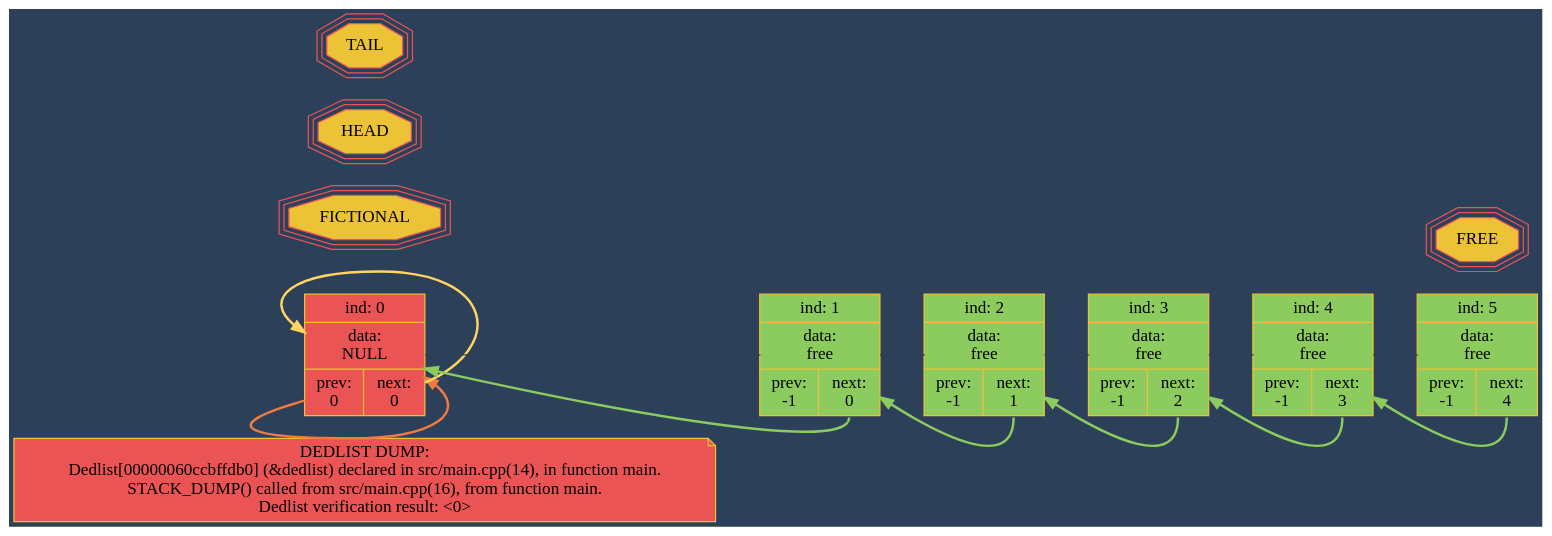
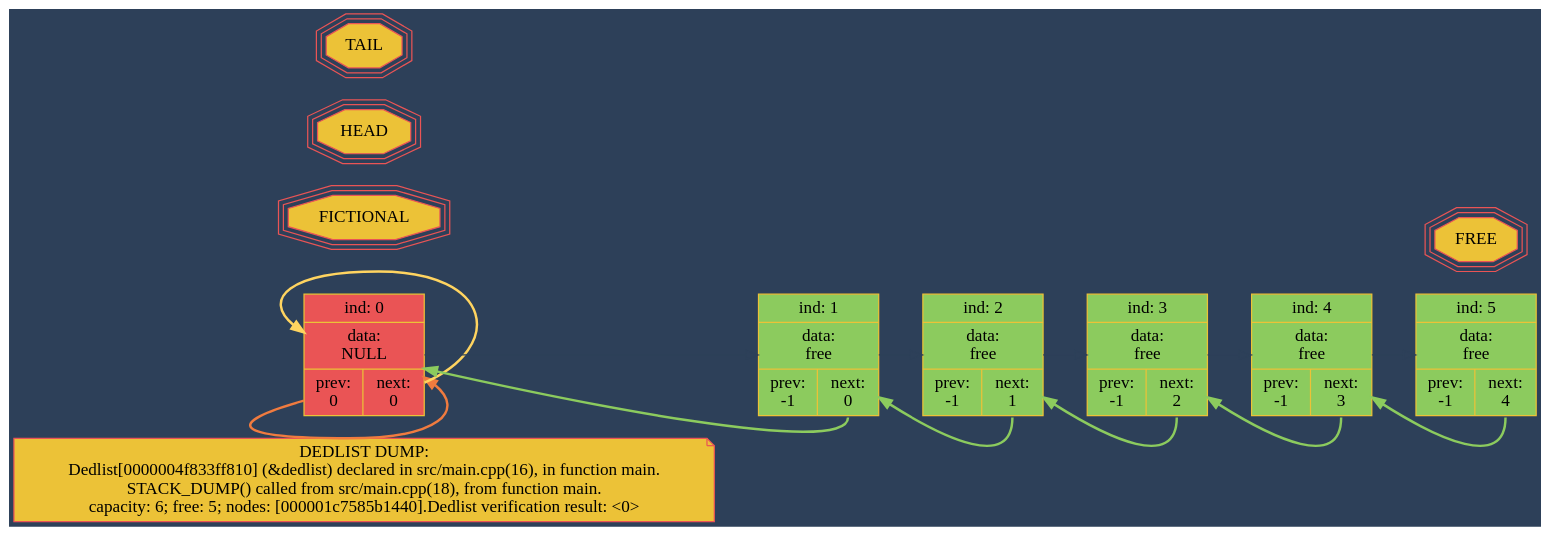
Before and after one commit to Feanor-19/dedlist: the diagram in dumps/dedlist_dump.dot, drawn with Graphviz. The commit also changed 6 other files, not shown here.

```diff
--- a/dumps/dedlist_dump.dot
+++ b/dumps/dedlist_dump.dot
@@ -1,77 +1,77 @@
 digraph{
 rankdir=LR;
 bgcolor="#2D4059";
 
 
 NODE_TEXT[shape=note, fontname="verdana",
 style=bold, style=filled,
-color="#ECC237", fillcolor="#EA5455",
-label = "DEDLIST DUMP:\nDedlist[00000060ccbffdb0] (&dedlist) declared in src/main.cpp(14), in function main.\nSTACK_DUMP() called from src/main.cpp(16), from function main.\nDedlist verification result: <0>
+color="#EA5455", fillcolor="#ECC237",
+label = "DEDLIST DUMP:\nDedlist[0000004f833ff810] (&dedlist) declared in src/main.cpp(16), in function main.\nSTACK_DUMP() called from src/main.cpp(18), from function main.\ncapacity: 6; free: 5; nodes: [000001c7585b1440].Dedlist verification result: <0>
 "]
 
 
 NODE_0[shape="record", fontname="verdana",
 style=bold, style=filled,
 color="#ECC237", fillcolor="#EA5455",
 label = "{ <i>ind: 0 }|{ data:\nNULL} | {<p>prev:\n0 |<n>next:\n0}"];
 
 
 NODE_1[shape="record", fontname="verdana",
 style=bold, style=filled,
 color="#ECC237", fillcolor="#8ccb5e",
 label = "{ <i>ind: 1 }|{ data:\nfree} | {<p>prev:\n-1 |<n>next:\n0}"];
 
 NODE_2[shape="record", fontname="verdana",
 style=bold, style=filled,
 color="#ECC237", fillcolor="#8ccb5e",
 label = "{ <i>ind: 2 }|{ data:\nfree} | {<p>prev:\n-1 |<n>next:\n1}"];
 
 NODE_3[shape="record", fontname="verdana",
 style=bold, style=filled,
 color="#ECC237", fillcolor="#8ccb5e",
 label = "{ <i>ind: 3 }|{ data:\nfree} | {<p>prev:\n-1 |<n>next:\n2}"];
 
 NODE_4[shape="record", fontname="verdana",
 style=bold, style=filled,
 color="#ECC237", fillcolor="#8ccb5e",
 label = "{ <i>ind: 4 }|{ data:\nfree} | {<p>prev:\n-1 |<n>next:\n3}"];
 
 NODE_5[shape="record", fontname="verdana",
 style=bold, style=filled,
 color="#ECC237", fillcolor="#8ccb5e",
 label = "{ <i>ind: 5 }|{ data:\nfree} | {<p>prev:\n-1 |<n>next:\n4}"];
 
 FICTIONAL[shape=tripleoctagon, style=filled,
 fontname="verdana", color="#EA5455", fillcolor="#ECC237"];
 
 HEAD[shape=tripleoctagon, style=filled,
 fontname="verdana", color="#EA5455", fillcolor="#ECC237"];
 
 TAIL[shape=tripleoctagon, style=filled,
 fontname="verdana", color="#EA5455", fillcolor="#ECC237"];
 
 FREE[shape=tripleoctagon, style=filled,
 fontname="verdana", color="#EA5455", fillcolor="#ECC237"];
 
 
 NODE_0->NODE_1[weight=10, color="#2D4059"];
 NODE_1->NODE_2[weight=10, color="#2D4059"];
 NODE_2->NODE_3[weight=10, color="#2D4059"];
 NODE_3->NODE_4[weight=10, color="#2D4059"];
 NODE_4->NODE_5[weight=10, color="#2D4059"];
 { rank=same; FICTIONAL; NODE_0; }
 { rank=same; HEAD; NODE_0; }
 { rank=same; TAIL; NODE_0; }
 { rank=same; FREE; NODE_5; }
 
 
 NODE_0:<p>->NODE_0[color="#F07B3F", penwidth=2];
 NODE_0:<n>->NODE_0[color="#FFD460", penwidth=2];
 
 NODE_1:<n>->NODE_0[color="#8ccb5e", penwidth=2];
 NODE_2:<n>->NODE_1[color="#8ccb5e", penwidth=2];
 NODE_3:<n>->NODE_2[color="#8ccb5e", penwidth=2];
 NODE_4:<n>->NODE_3[color="#8ccb5e", penwidth=2];
 NODE_5:<n>->NODE_4[color="#8ccb5e", penwidth=2];
 
 }
```
